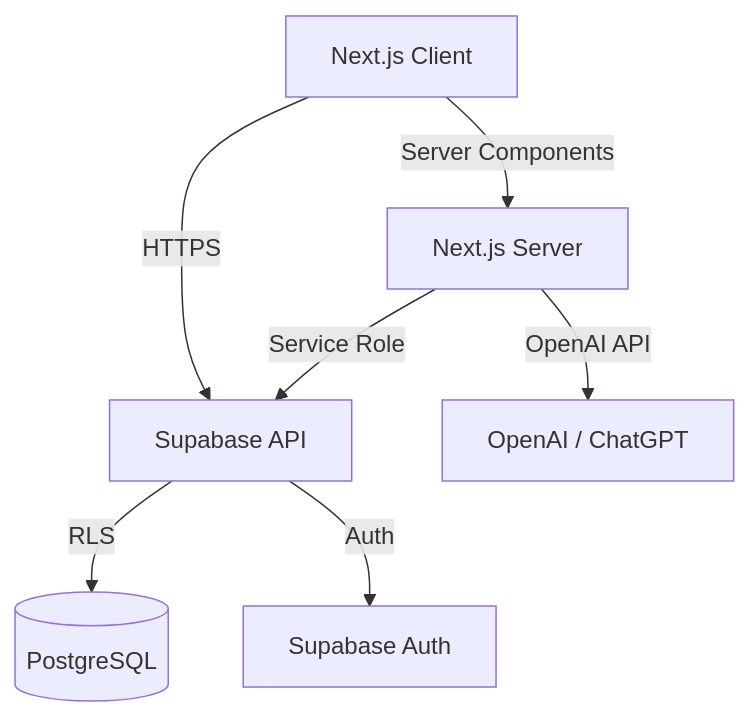
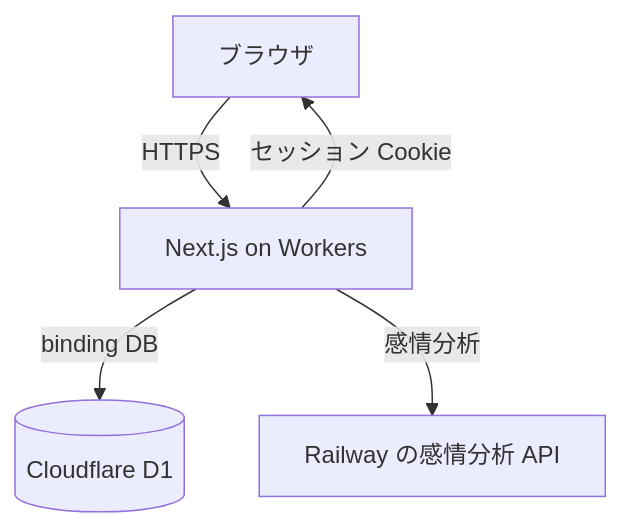
The first of 3 diagrams in docs/200_DetailedDesign/202_DetailedDesign_Architecture.md (mshrynzw/auriary), drawn with Mermaid before and after one commit. The commit also changed other lines of this file and 84 other files, not shown here.

````diff
--- a/docs/200_DetailedDesign/202_DetailedDesign_Architecture.md
+++ b/docs/200_DetailedDesign/202_DetailedDesign_Architecture.md
@@ -26,9 +23,7 @@
 ```mermaid
 graph TB
-    Client[Next.js Client] -->|HTTPS| SupabaseAPI[Supabase API]
-    SupabaseAPI -->|RLS| PostgreSQL[(PostgreSQL)]
-    SupabaseAPI -->|Auth| AuthService[Supabase Auth]
-    Client -->|Server Components| NextServer[Next.js Server]
-    NextServer -->|Service Role| SupabaseAPI
-    NextServer -->|OpenAI API| OpenAI[OpenAI / ChatGPT]
+    Browser[ブラウザ] -->|HTTPS| Worker[Next.js on Workers]
+    Worker -->|binding DB| D1[(Cloudflare D1)]
+    Worker -->|セッション Cookie| Browser
+    Worker -->|感情分析| Railway[Railway の感情分析 API]
 ```
````
